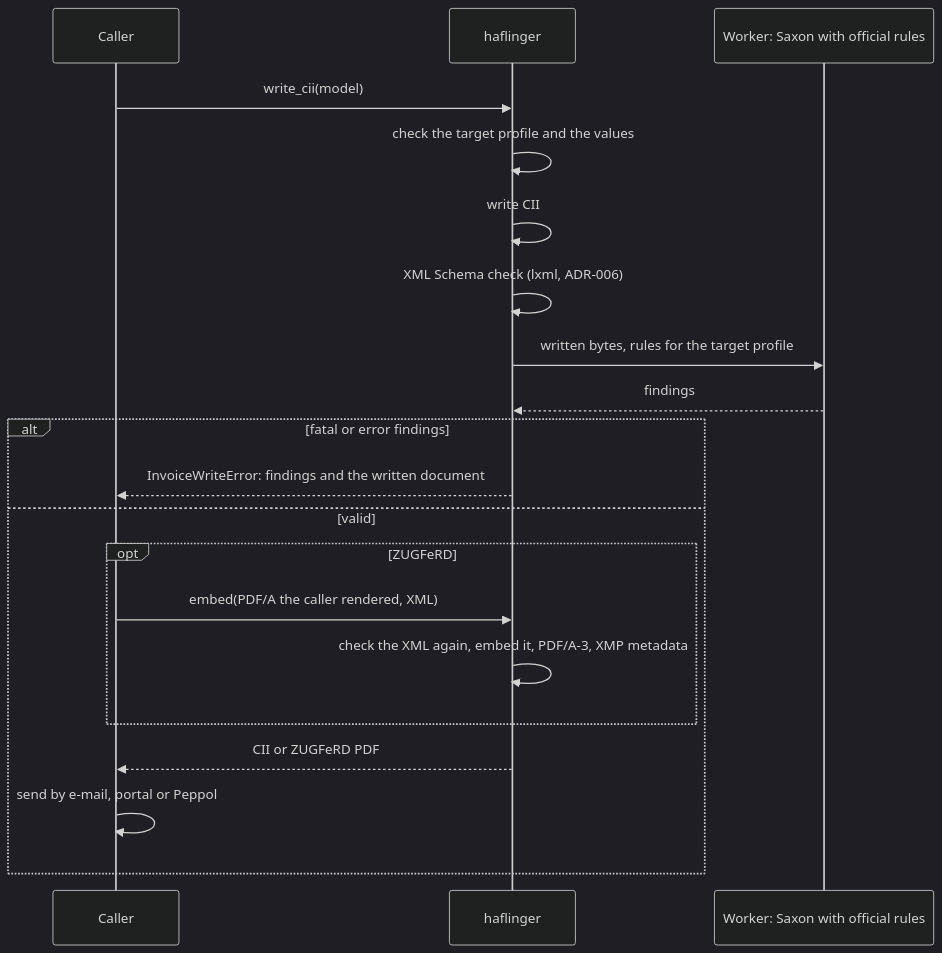
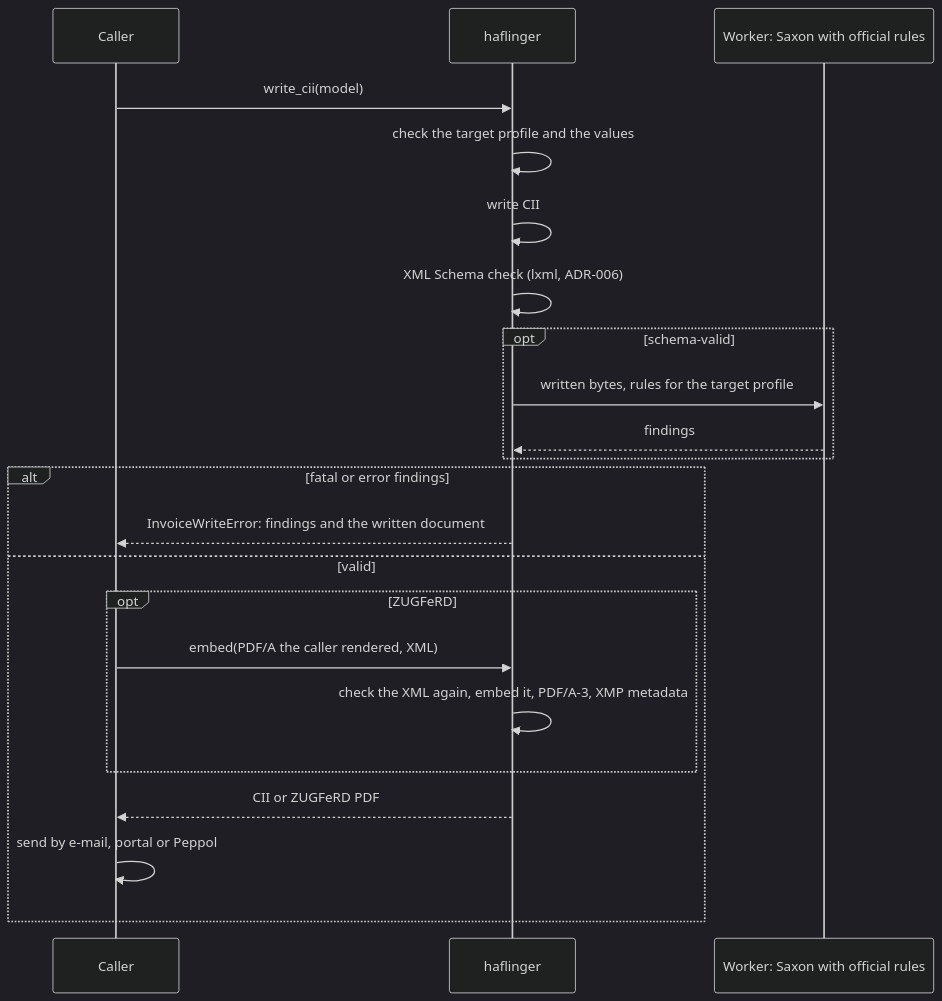
Before and after one commit to Interlusion/haflinger: the fourth of 5 diagrams in docs/arc42/README.md, drawn with Mermaid (dark theme). The commit also changed other lines of this file and 2 other files, not shown here.

First line of the commit message:
docs: the architecture's sending flow, exceptions and own findings

````diff
--- a/docs/arc42/README.md
+++ b/docs/arc42/README.md
@@ -180,22 +180,24 @@
 ```mermaid
 sequenceDiagram
     participant A as Caller
     participant H as haflinger
     participant S as Worker: Saxon with official rules
     A->>H: write_cii(model)
     H->>H: check the target profile and the values
     H->>H: write CII
     H->>H: XML Schema check (lxml, ADR-006)
-    H->>S: written bytes, rules for the target profile
-    S-->>H: findings
+    opt schema-valid
+        H->>S: written bytes, rules for the target profile
+        S-->>H: findings
+    end
     alt fatal or error findings
         H-->>A: InvoiceWriteError: findings and the written document
     else valid
         opt ZUGFeRD
             A->>H: embed(PDF/A the caller rendered, XML)
             H->>H: check the XML again, embed it, PDF/A-3, XMP metadata
         end
         H-->>A: CII or ZUGFeRD PDF
         A->>A: send by e-mail, portal or Peppol
     end
 ```
````
